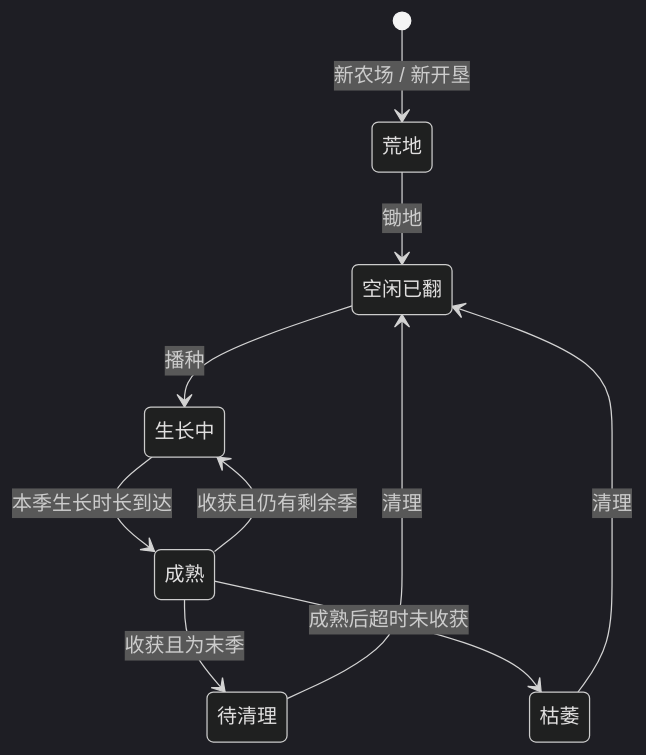
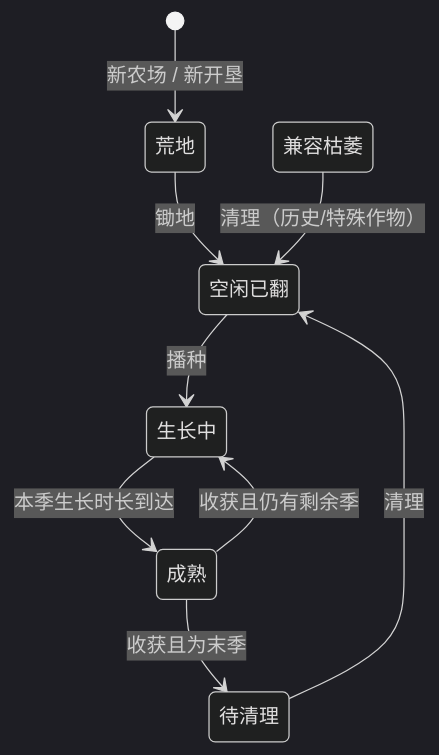
The diagram in docs/design/game-design-full.md (benkz666/farm), drawn with Mermaid (dark theme) before and after one commit. The commit also changed other lines of this file and 79 other files, not shown here.

````diff
--- a/docs/design/game-design-full.md
+++ b/docs/design/game-design-full.md
@@ -203,19 +213,18 @@
 ```mermaid
 stateDiagram-v2
     state "荒地" as Wasteland
     state "空闲已翻" as Tilled
     state "生长中" as Growing
     state "成熟" as Mature
     state "待清理" as Residue
-    state "枯萎" as Withered
+    state "兼容枯萎" as Withered
 
     [*] --> Wasteland: 新农场 / 新开垦
     Wasteland --> Tilled: 锄地
     Tilled --> Growing: 播种
     Growing --> Mature: 本季生长时长到达
     Mature --> Growing: 收获且仍有剩余季
     Mature --> Residue: 收获且为末季
-    Mature --> Withered: 成熟后超时未收获
-    Withered --> Tilled: 清理
     Residue --> Tilled: 清理
+    Withered --> Tilled: 清理（历史/特殊作物）
 ```
````
